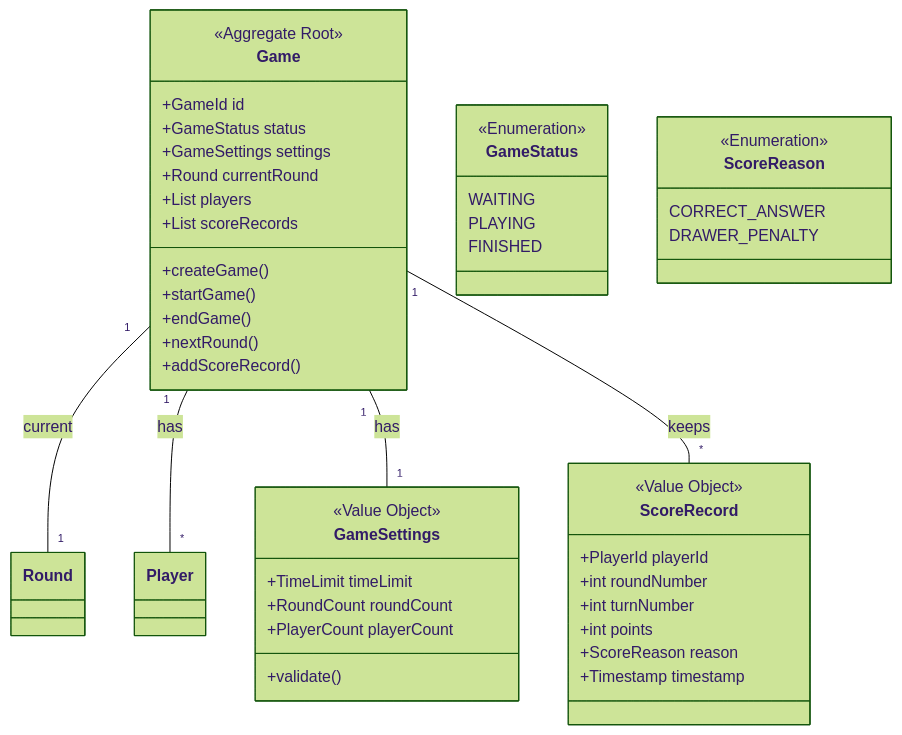
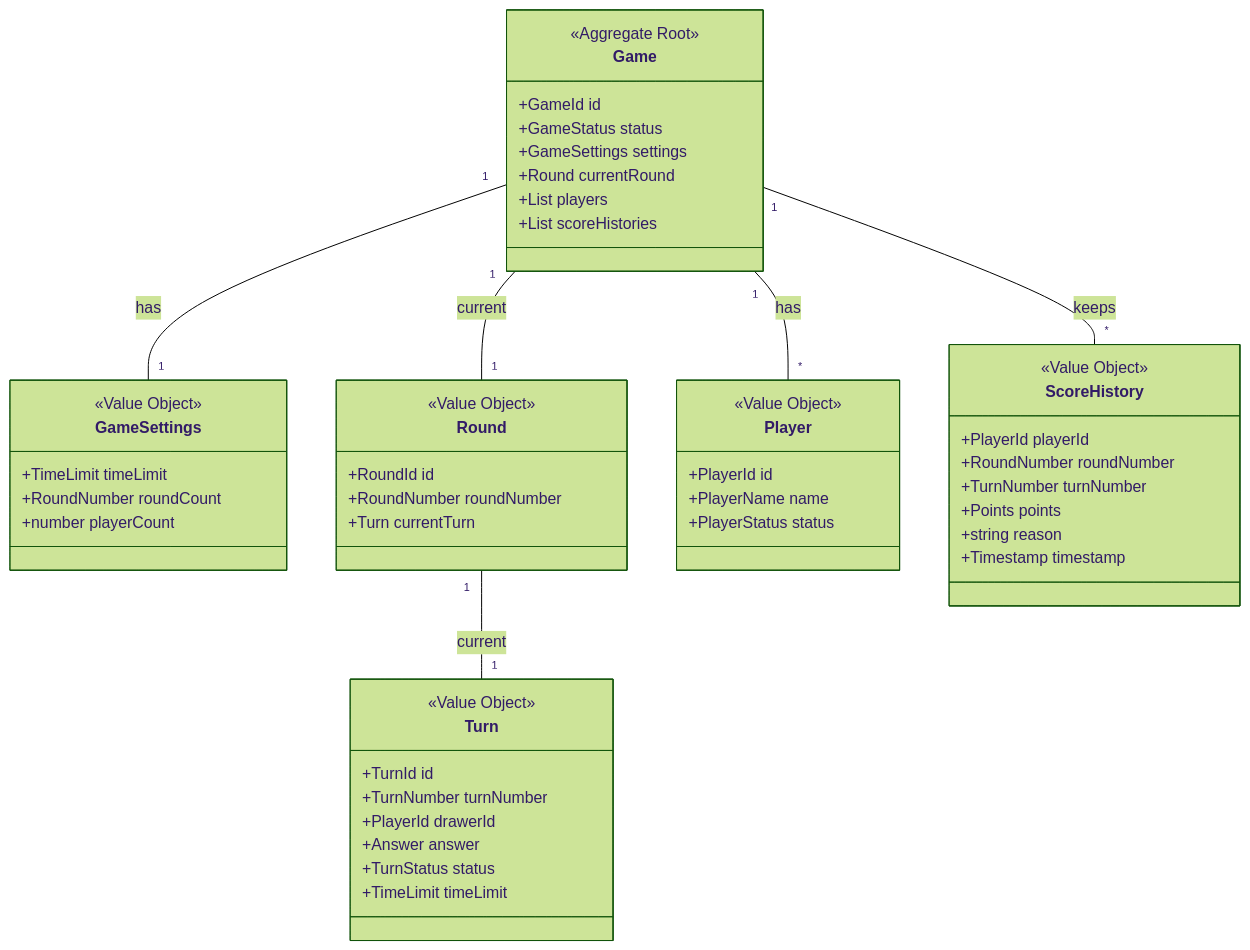
One commit to otonowa-naka/esiritori changed the second of 5 diagrams in design/domain-model.md. Above: the diagram before and after it, drawn with Mermaid (forest theme). The commit also changed other lines of this file and 1 other file, not shown here.

````diff
--- a/design/domain-model.md
+++ b/design/domain-model.md
@@ -123,53 +70,53 @@
 ```mermaid
 classDiagram
     class Game {
         <<Aggregate Root>>
         +GameId id
         +GameStatus status
         +GameSettings settings
         +Round currentRound
         +List<Player> players
-        +List<ScoreRecord> scoreRecords
-        +createGame()
-        +startGame()
-        +endGame()
-        +nextRound()
-        +addScoreRecord()
+        +List<ScoreHistory> scoreHistories
     }
-
     class GameSettings {
         <<Value Object>>
         +TimeLimit timeLimit
-        +RoundCount roundCount
-        +PlayerCount playerCount
-        +validate()
+        +RoundNumber roundCount
+        +number playerCount
     }
-
-    class GameStatus {
-        <<Enumeration>>
-        WAITING
-        PLAYING
-        FINISHED
+    class Round {
+        <<Value Object>>
+        +RoundId id
+        +RoundNumber roundNumber
+        +Turn currentTurn
     }
-
-    class ScoreRecord {
+    class Turn {
+        <<Value Object>>
+        +TurnId id
+        +TurnNumber turnNumber
+        +PlayerId drawerId
+        +Answer answer
+        +TurnStatus status
+        +TimeLimit timeLimit
+    }
+    class Player {
+        <<Value Object>>
+        +PlayerId id
+        +PlayerName name
+        +PlayerStatus status
+    }
+    class ScoreHistory {
         <<Value Object>>
         +PlayerId playerId
-        +int roundNumber
-        +int turnNumber
-        +int points
-        +ScoreReason reason
+        +RoundNumber roundNumber
+        +TurnNumber turnNumber
+        +Points points
+        +string reason
         +Timestamp timestamp
     }
-
-    class ScoreReason {
-        <<Enumeration>>
-        CORRECT_ANSWER
-        DRAWER_PENALTY
-    }
-
+    Game "1" -- "1" GameSettings : has
     Game "1" -- "1" Round : current
     Game "1" -- "*" Player : has
-    Game "1" -- "1" GameSettings : has
-    Game "1" -- "*" ScoreRecord : keeps
+    Game "1" -- "*" ScoreHistory : keeps
+    Round "1" -- "1" Turn : current
 ```
````
